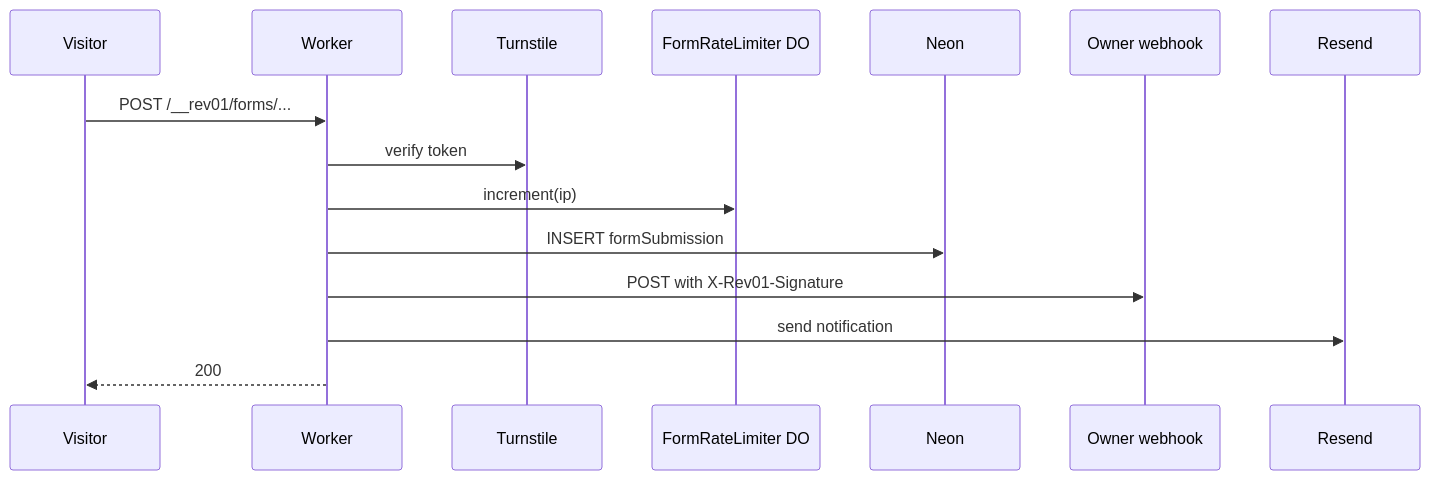
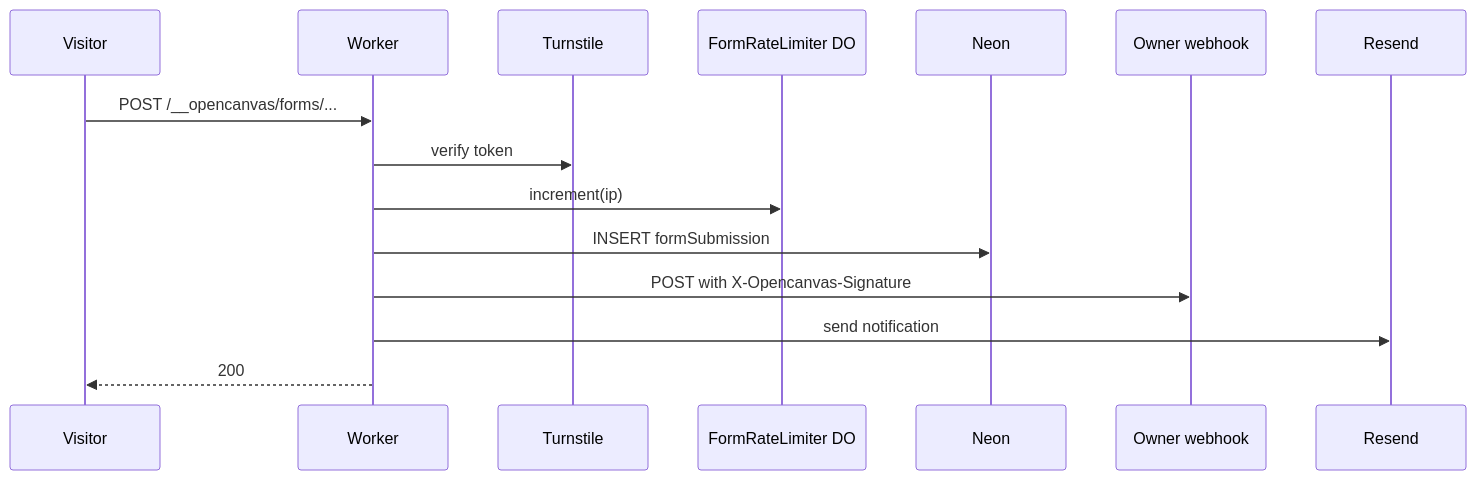
Diagram 25 of 35 in docs/demo/diagrams/live-draw-reference.md (aayushman-singh/open-canvas), drawn with Mermaid before and after one commit. The commit also changed other lines of this file and 6 other files, not shown here.

````diff
--- a/docs/demo/diagrams/live-draw-reference.md
+++ b/docs/demo/diagrams/live-draw-reference.md
@@ -802,17 +802,17 @@
 ```mermaid
 sequenceDiagram
   participant V as Visitor
   participant W as Worker
   participant TS as Turnstile
   participant RL as FormRateLimiter DO
   participant DB as Neon
   participant Hook as Owner webhook
   participant RS as Resend
-  V->>W: POST /__rev01/forms/...
+  V->>W: POST /__opencanvas/forms/...
   W->>TS: verify token
   W->>RL: increment(ip)
   W->>DB: INSERT formSubmission
-  W->>Hook: POST with X-Rev01-Signature
+  W->>Hook: POST with X-Opencanvas-Signature
   W->>RS: send notification
   W-->>V: 200
 ```
````
